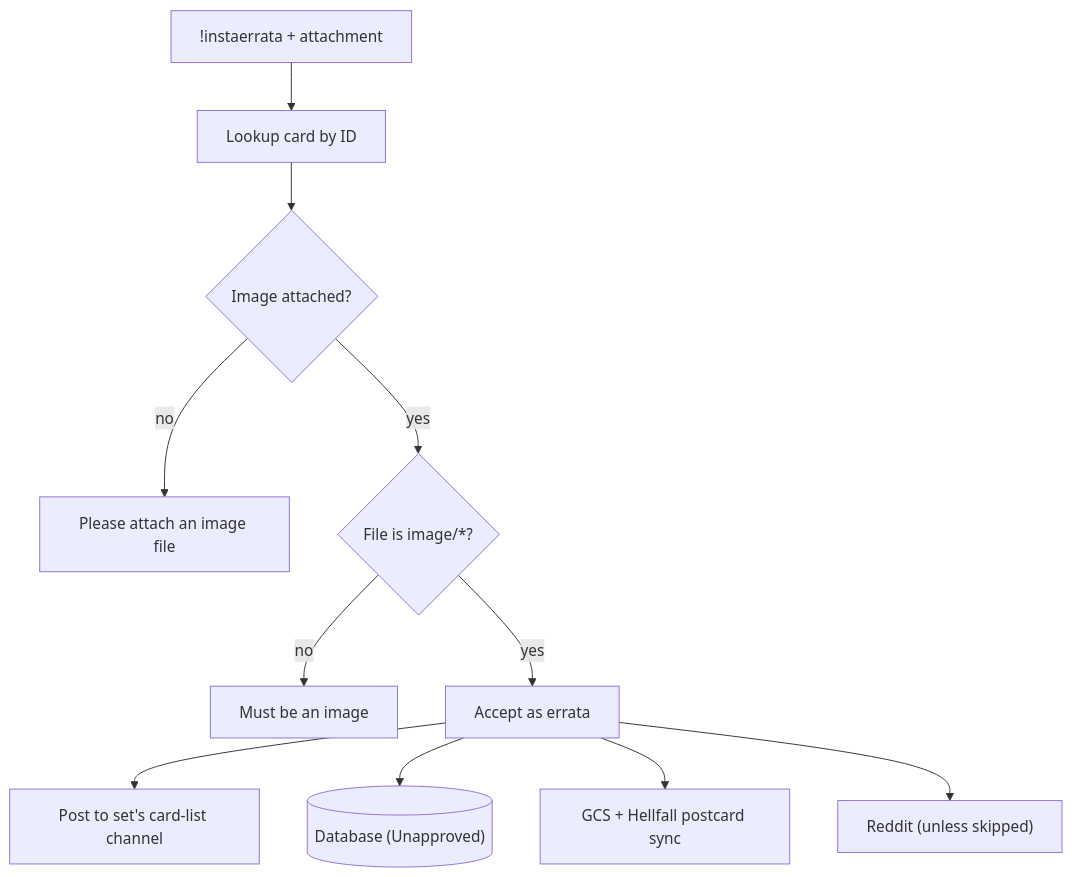
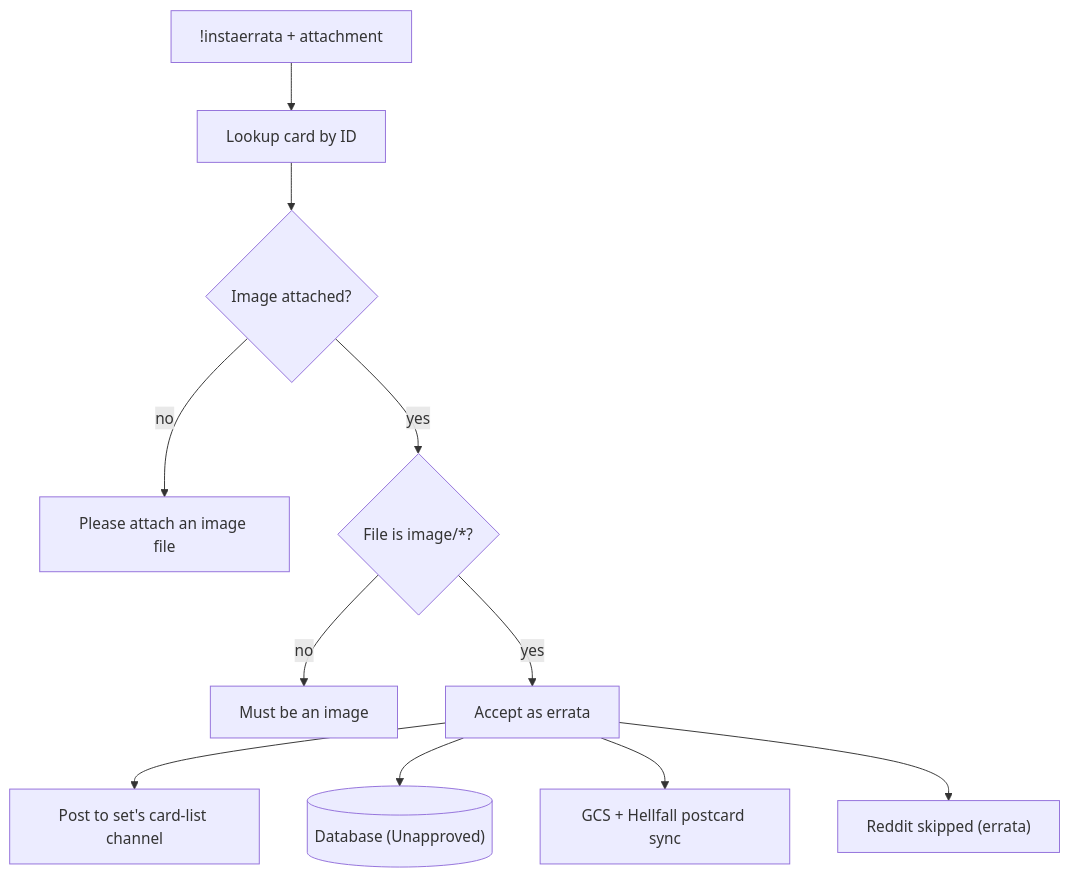
One commit to bones-bones/mork changed the second of 2 diagrams in docs/card-flows/errata.md. Above: the diagram before and after it, drawn with Mermaid. The commit also changed 22 other files, not shown here.

````diff
--- a/docs/card-flows/errata.md
+++ b/docs/card-flows/errata.md
@@ -40,13 +40,13 @@
 ```mermaid
 flowchart TD
   CMD["!instaerrata + attachment"] --> LOOKUP["Lookup card by ID"]
   LOOKUP --> VAL{"Image attached?"}
   VAL -->|no| ASK["Please attach an image file"]
   VAL -->|yes| TYPE{"File is image/*?"}
   TYPE -->|no| BAD["Must be an image"]
   TYPE -->|yes| ACC["Accept as errata"]
   ACC --> CL["Post to set's card-list channel"]
   ACC --> SH[("Database (Unapproved)")]
   ACC --> HF["GCS + Hellfall postcard sync"]
-  ACC --> RED["Reddit (unless skipped)"]
+  ACC --> RED["Reddit skipped (errata)"]
 ```
````
